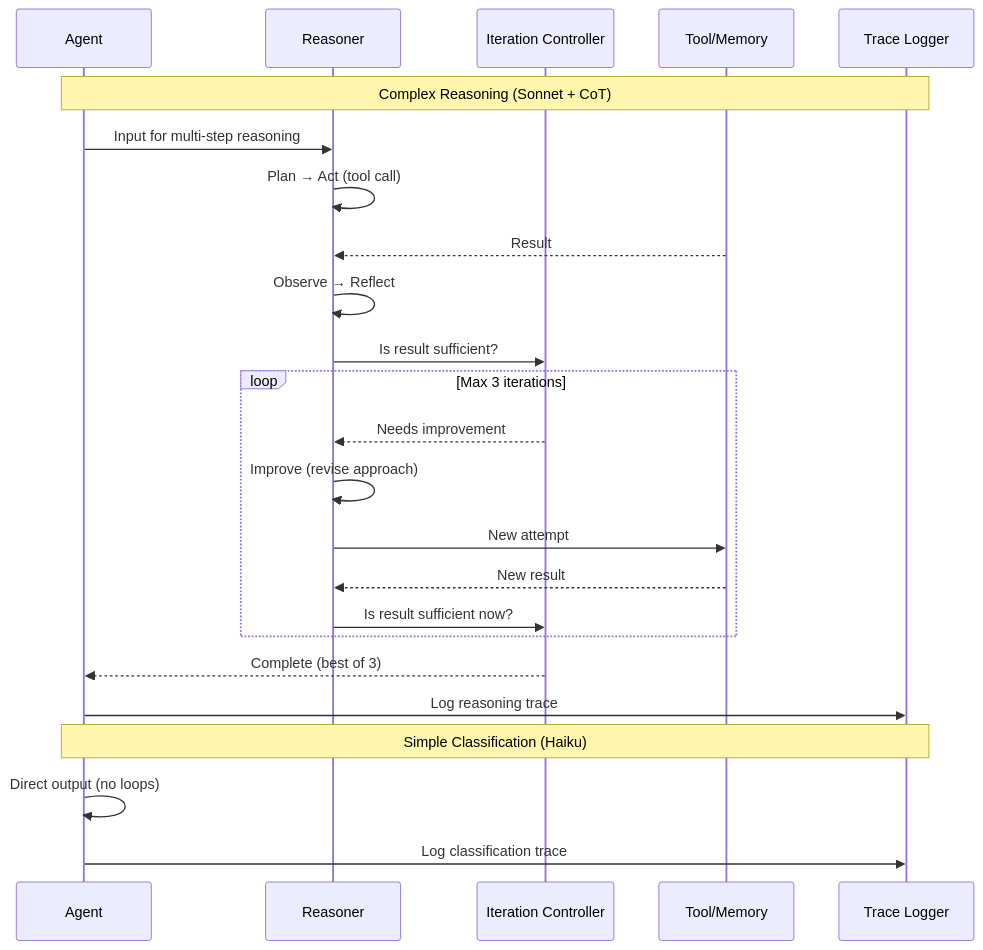
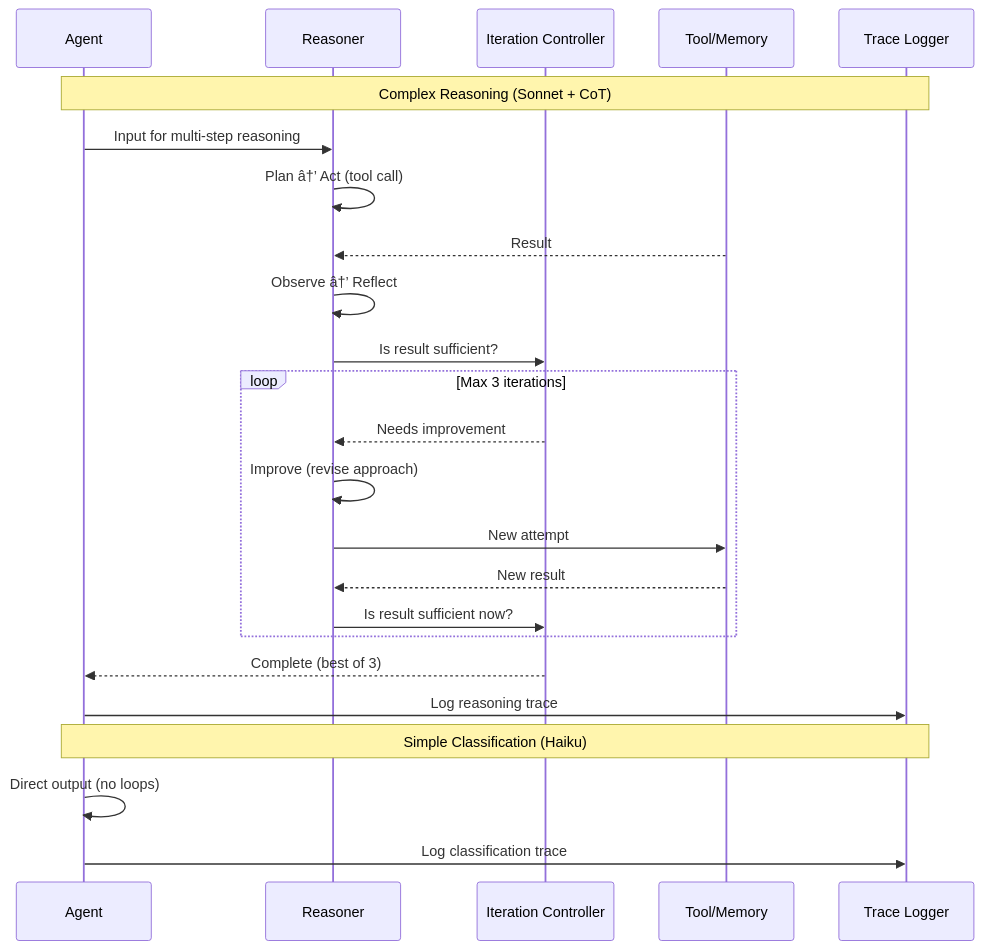
One commit to Driftloom/Vaeloom changed the second of 2 diagrams in Docs/AI/Reasoning.md. Above: the diagram before and after it, drawn with Mermaid. The commit also changed other lines of this file and 249 other files, not shown here.

````diff
--- a/Docs/AI/Reasoning.md
+++ b/Docs/AI/Reasoning.md
@@ -196,30 +196,30 @@
 ```mermaid
 sequenceDiagram
     participant AG as Agent
     participant RE as Reasoner
     participant RC as Iteration Controller
     participant TOOL as Tool/Memory
     participant TL as Trace Logger
 
     Note over AG,TL: Complex Reasoning (Sonnet + CoT)
     AG->>RE: Input for multi-step reasoning
-    RE->>RE: Plan → Act (tool call)
+    RE->>RE: Plan â†’ Act (tool call)
     TOOL-->>RE: Result
-    RE->>RE: Observe → Reflect
+    RE->>RE: Observe â†’ Reflect
     RE->>RC: Is result sufficient?
     
     loop Max 3 iterations
         RC-->>RE: Needs improvement
         RE->>RE: Improve (revise approach)
         RE->>TOOL: New attempt
         TOOL-->>RE: New result
         RE->>RC: Is result sufficient now?
     end
     
     RC-->>AG: Complete (best of 3)
     AG->>TL: Log reasoning trace
     
     Note over AG,TL: Simple Classification (Haiku)
     AG->>AG: Direct output (no loops)
     AG->>TL: Log classification trace
 ```
````
